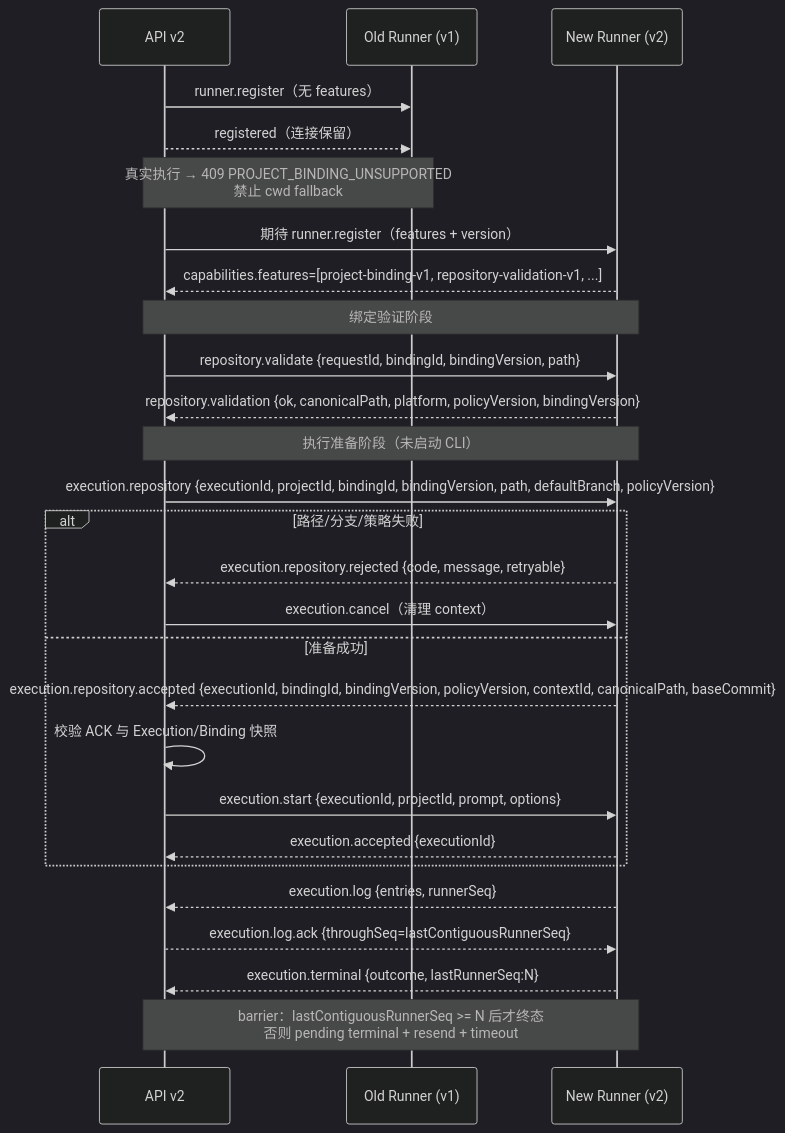
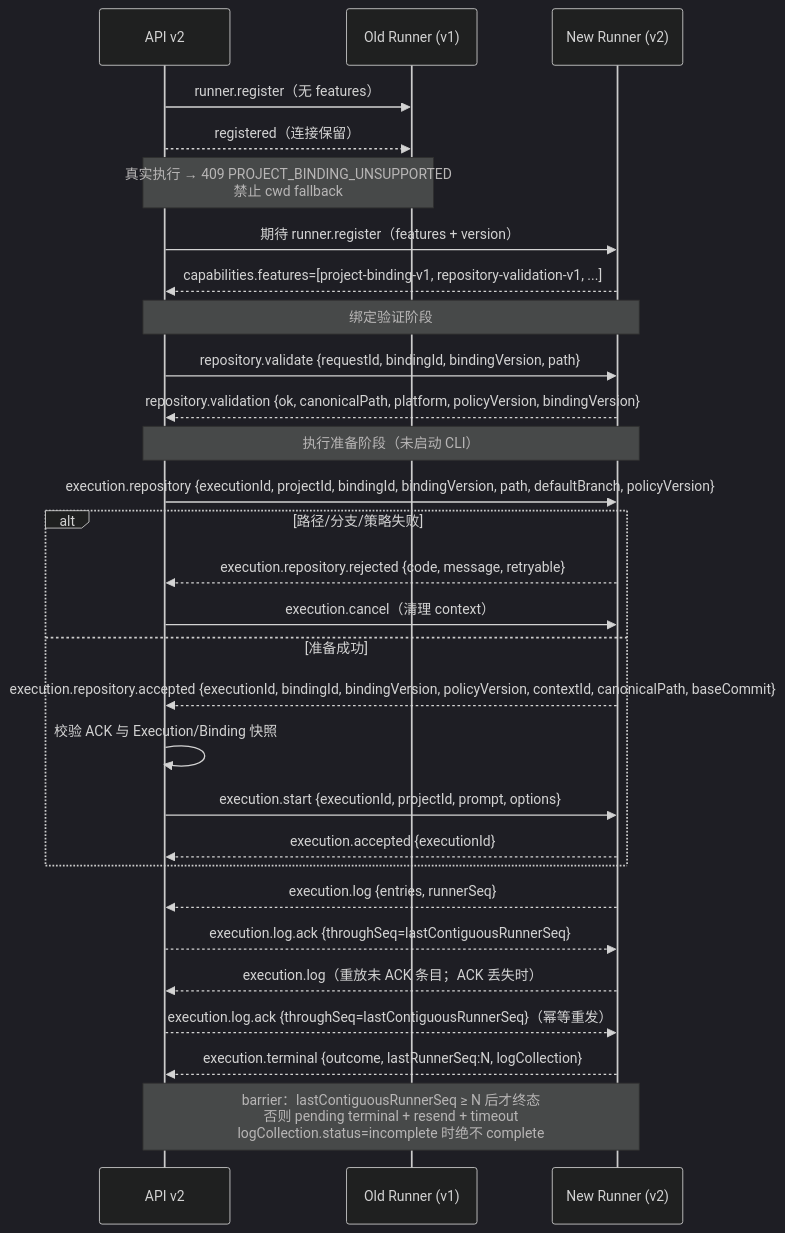
One commit to cloudyBird233/Haft changed the eighth of 13 diagrams in docs/phase-2-technical-roadmap.md. Above: the diagram before and after it, drawn with Mermaid (dark theme). The commit also changed other lines of this file, not shown here.

Commit message:
docs: fix P2-09 ACK replay, spool integrity, barrier release, and durability boundary

````diff
--- a/docs/phase-2-technical-roadmap.md
+++ b/docs/phase-2-technical-roadmap.md
@@ -1250,29 +1581,31 @@
 ```mermaid
 sequenceDiagram
   participant API as API v2
   participant Old as Old Runner (v1)
   participant New as New Runner (v2)
   API->>Old: runner.register（无 features）
   API-->>Old: registered（连接保留）
   Note over API,Old: 真实执行 → 409 PROJECT_BINDING_UNSUPPORTED<br/>禁止 cwd fallback
   API->>New: 期待 runner.register（features + version）
   New-->>API: capabilities.features=[project-binding-v1, repository-validation-v1, ...]
   Note over API,New: 绑定验证阶段
   API->>New: repository.validate {requestId, bindingId, bindingVersion, path}
   New-->>API: repository.validation {ok, canonicalPath, platform, policyVersion, bindingVersion}
   Note over API,New: 执行准备阶段（未启动 CLI）
   API->>New: execution.repository {executionId, projectId, bindingId, bindingVersion, path, defaultBranch, policyVersion}
   alt 路径/分支/策略失败
     New-->>API: execution.repository.rejected {code, message, retryable}
     API->>New: execution.cancel（清理 context）
   else 准备成功
     New-->>API: execution.repository.accepted {executionId, bindingId, bindingVersion, policyVersion, contextId, canonicalPath, baseCommit}
     API->>API: 校验 ACK 与 Execution/Binding 快照
     API->>New: execution.start {executionId, projectId, prompt, options}
     New-->>API: execution.accepted {executionId}
   end
   New-->>API: execution.log {entries, runnerSeq}
   API-->>New: execution.log.ack {throughSeq=lastContiguousRunnerSeq}
-  New-->>API: execution.terminal {outcome, lastRunnerSeq:N}
-  Note over API,New: barrier：lastContiguousRunnerSeq >= N 后才终态<br/>否则 pending terminal + resend + timeout
+  New-->>API: execution.log（重放未 ACK 条目；ACK 丢失时）
+  API-->>New: execution.log.ack {throughSeq=lastContiguousRunnerSeq}（幂等重发）
+  New-->>API: execution.terminal {outcome, lastRunnerSeq:N, logCollection}
+  Note over API,New: barrier：lastContiguousRunnerSeq ≥ N 后才终态<br/>否则 pending terminal + resend + timeout<br/>logCollection.status=incomplete 时绝不 complete
 ```
````
